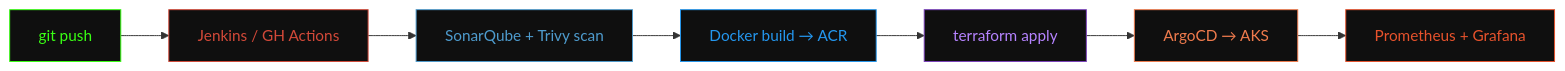
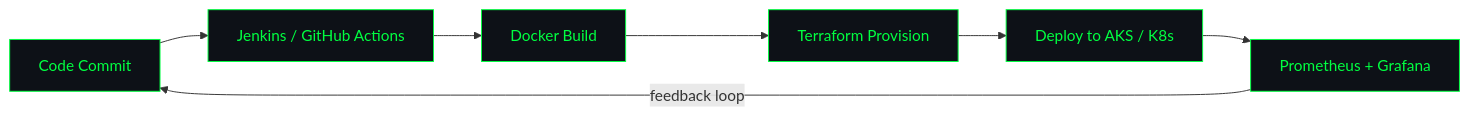
Before and after one commit to AbhayShukla1907/AbhayShukla1907: the diagram in readme.md, drawn with Mermaid. The commit also changed other lines of this file, not shown here.

````diff
--- a/readme.md
+++ b/readme.md
@@ -91,17 +47,16 @@
 ```mermaid
-graph LR
-    A["git push"] --> B["Jenkins / GH Actions"]
-    B --> C["SonarQube + Trivy scan"]
-    C --> D["Docker build → ACR"]
-    D --> E["terraform apply"]
-    E --> F["ArgoCD → AKS"]
-    F --> G["Prometheus + Grafana"]
-
-    style A fill:#0F0F0F,stroke:#39FF14,color:#39FF14
-    style B fill:#0F0F0F,stroke:#D24939,color:#D24939
-    style C fill:#0F0F0F,stroke:#4E9BCD,color:#4E9BCD
-    style D fill:#0F0F0F,stroke:#2496ED,color:#2496ED
-    style E fill:#0F0F0F,stroke:#7B42BC,color:#B583FF
-    style F fill:#0F0F0F,stroke:#EF7B4D,color:#EF7B4D
-    style G fill:#0F0F0F,stroke:#E6522C,color:#E6522C
+flowchart LR
+    A[Code Commit] --> B[Jenkins / GitHub Actions]
+    B --> C[Docker Build]
+    C --> D[Terraform Provision]
+    D --> E[Deploy to AKS / K8s]
+    E --> F[Prometheus + Grafana]
+    F -->|feedback loop| A
+ 
+    style A fill:#0d1117,stroke:#00ff41,color:#00ff41
+    style B fill:#0d1117,stroke:#00ff41,color:#00ff41
+    style C fill:#0d1117,stroke:#00ff41,color:#00ff41
+    style D fill:#0d1117,stroke:#00ff41,color:#00ff41
+    style E fill:#0d1117,stroke:#00ff41,color:#00ff41
+    style F fill:#0d1117,stroke:#00ff41,color:#00ff41
 ```
````
